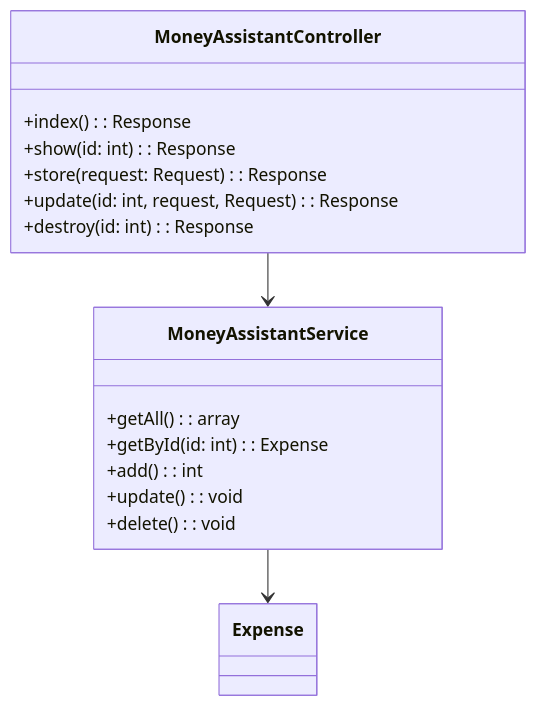
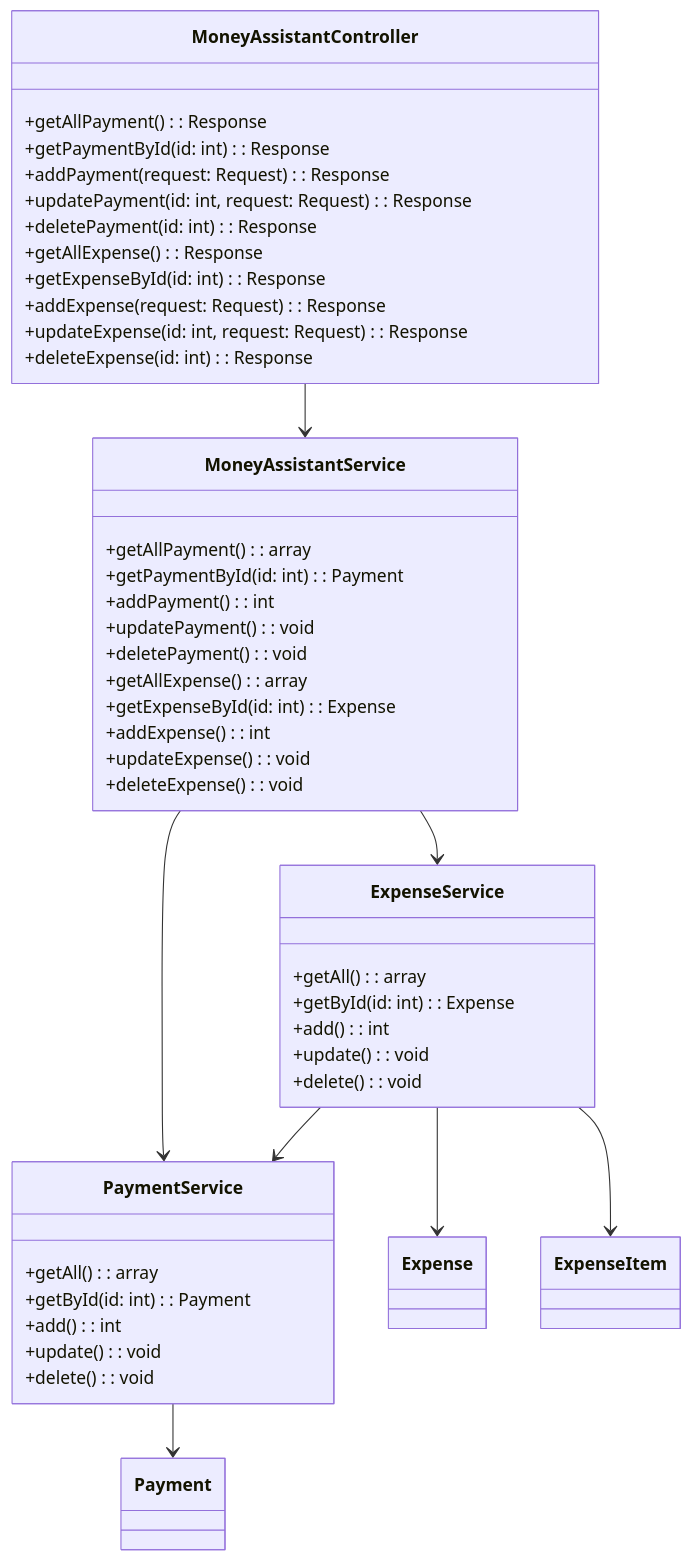
The third of 4 diagrams in Doc/MoneyAssistant.md (PONzu-0529/ponzu0529-niconico), drawn with Mermaid before and after one commit. The commit also changed other lines of this file, not shown here.

Commit message:
Update Document for MoneyAssistant #107

````diff
--- a/Doc/MoneyAssistant.md
+++ b/Doc/MoneyAssistant.md
@@ -81,23 +106,62 @@
 ```mermaid
 classDiagram
   class MoneyAssistantController {
-    +index(): Response
-    +show(id: int): Response
-    +store(request: Request): Response
-    +update(id: int, request, Request): Response
-    +destroy(id: int): Response
+    +getAllPayment(): Response
+    +getPaymentById(id: int): Response
+    +addPayment(request: Request): Response
+    +updatePayment(id: int, request: Request): Response
+    +deletePayment(id: int): Response
+
+    +getAllExpense(): Response
+    +getExpenseById(id: int): Response
+    +addExpense(request: Request): Response
+    +updateExpense(id: int, request: Request): Response
+    +deleteExpense(id: int): Response
   }
 
   class MoneyAssistantService {
+    +getAllPayment(): array
+    +getPaymentById(id: int): Payment
+    +addPayment(): int
+    +updatePayment(): void
+    +deletePayment(): void
+
+    +getAllExpense(): array
+    +getExpenseById(id: int): Expense
+    +addExpense(): int
+    +updateExpense(): void
+    +deleteExpense(): void
+  }
+
+  class PaymentService {
+    +getAll(): array
+    +getById(id: int): Payment
+    +add(): int
+    +update(): void
+    +delete(): void
+  }
+
+  class ExpenseService {
     +getAll(): array
     +getById(id: int): Expense
     +add(): int
     +update(): void
     +delete(): void
   }
 
+  class Payment
+
   class Expense
 
+  class ExpenseItem
+
   MoneyAssistantController --> MoneyAssistantService
-  MoneyAssistantService --> Expense
+
+  MoneyAssistantService --> PaymentService
+  MoneyAssistantService --> ExpenseService
+  ExpenseService --> PaymentService
+
+  PaymentService --> Payment
+  ExpenseService --> Expense
+  ExpenseService --> ExpenseItem
 ```
````
